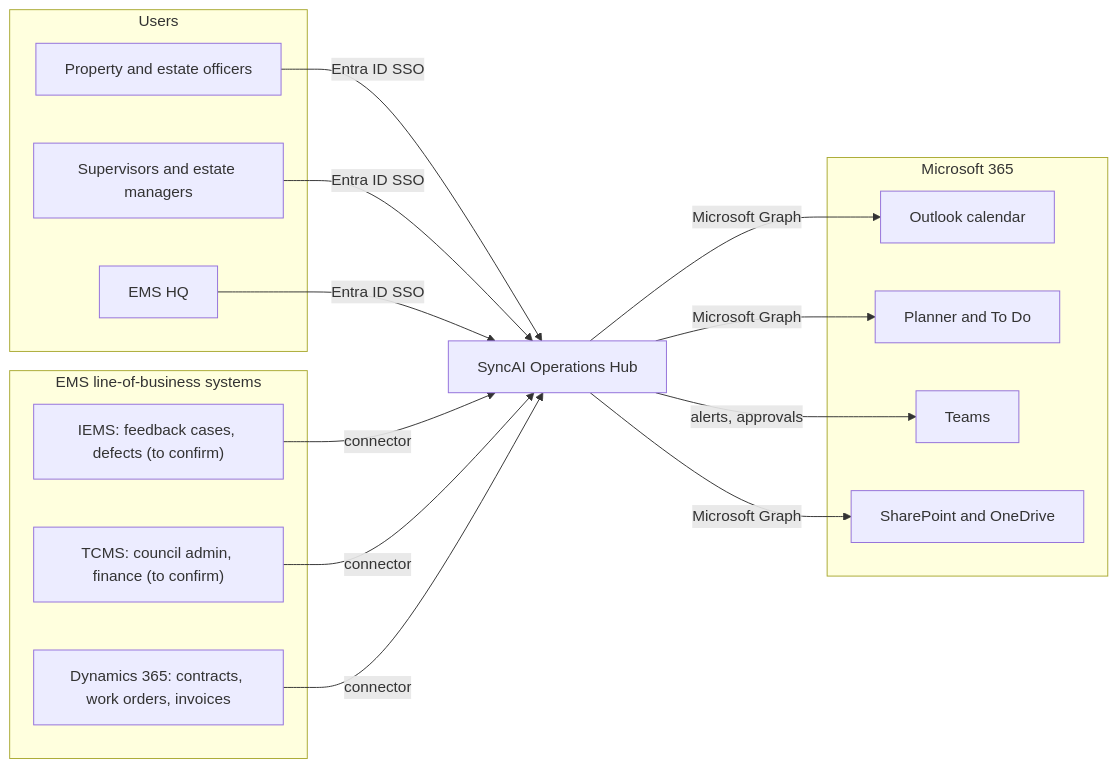
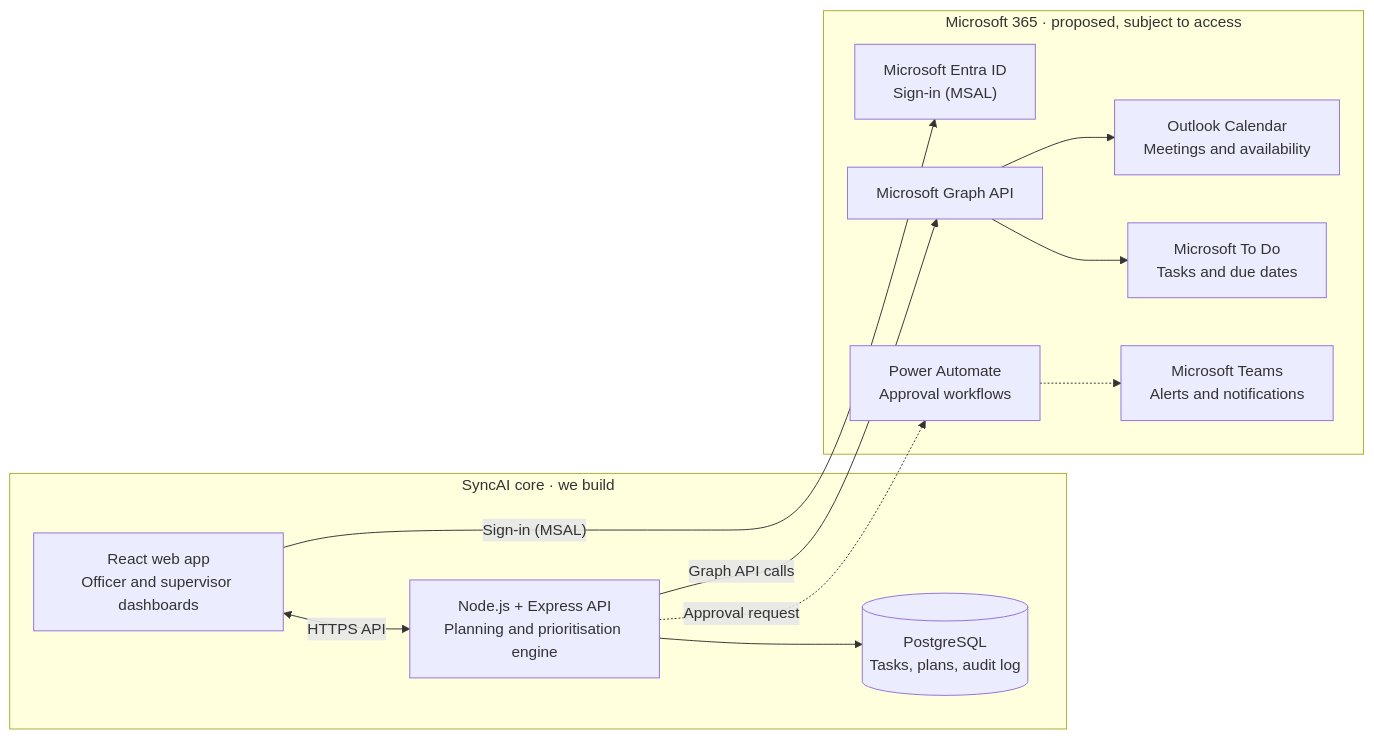
The first of 4 diagrams in docs/architecture.md (feliciatanxl/SyncAI), drawn with Mermaid before and after one commit. The commit also changed other lines of this file and 6 other files, not shown here.

Commit message:
docs: refocus SyncAI on PS 12i and apply EMS client feedback

````diff
--- a/docs/architecture.md
+++ b/docs/architecture.md
@@ -20,30 +19,24 @@
 ```mermaid
 flowchart LR
-  subgraph Users["Users"]
-    O["Property and estate officers"]
-    S["Supervisors and estate managers"]
-    H["EMS HQ"]
+  subgraph Core["SyncAI core · we build"]
+    WEB["React web app<br/>Officer and supervisor dashboards"]
+    API["Node.js + Express API<br/>Planning and prioritisation engine"]
+    DB[("PostgreSQL<br/>Tasks, plans, audit log")]
   end
-  subgraph M365["Microsoft 365"]
-    OL["Outlook calendar"]
-    PL["Planner and To Do"]
-    TM["Teams"]
-    SP["SharePoint and OneDrive"]
+  subgraph M365["Microsoft 365 · proposed, subject to access"]
+    ENTRA["Microsoft Entra ID<br/>Sign-in (MSAL)"]
+    GRAPH["Microsoft Graph API"]
+    CAL["Outlook Calendar<br/>Meetings and availability"]
+    TODO["Microsoft To Do<br/>Tasks and due dates"]
+    PA["Power Automate<br/>Approval workflows"]
+    TEAMS["Microsoft Teams<br/>Alerts and notifications"]
   end
-  subgraph LOB["EMS line-of-business systems"]
-    IEMS["IEMS: feedback cases, defects (to confirm)"]
-    TCMS["TCMS: council admin, finance (to confirm)"]
-    D365["Dynamics 365: contracts, work orders, invoices"]
-  end
-  HUB["SyncAI Operations Hub"]
-  O -->|"Entra ID SSO"| HUB
-  S -->|"Entra ID SSO"| HUB
-  H -->|"Entra ID SSO"| HUB
-  HUB -->|"Microsoft Graph"| OL
-  HUB -->|"Microsoft Graph"| PL
-  HUB -->|"Microsoft Graph"| SP
-  IEMS -->|"connector"| HUB
-  TCMS -->|"connector"| HUB
-  D365 -->|"connector"| HUB
-  HUB -->|"alerts, approvals"| TM
+  WEB <-->|"HTTPS API"| API
+  WEB -->|"Sign-in (MSAL)"| ENTRA
+  API --> DB
+  API -->|"Graph API calls"| GRAPH
+  GRAPH --> CAL
+  GRAPH --> TODO
+  API -.->|"Approval request"| PA
+  PA -.-> TEAMS
 ```
````
